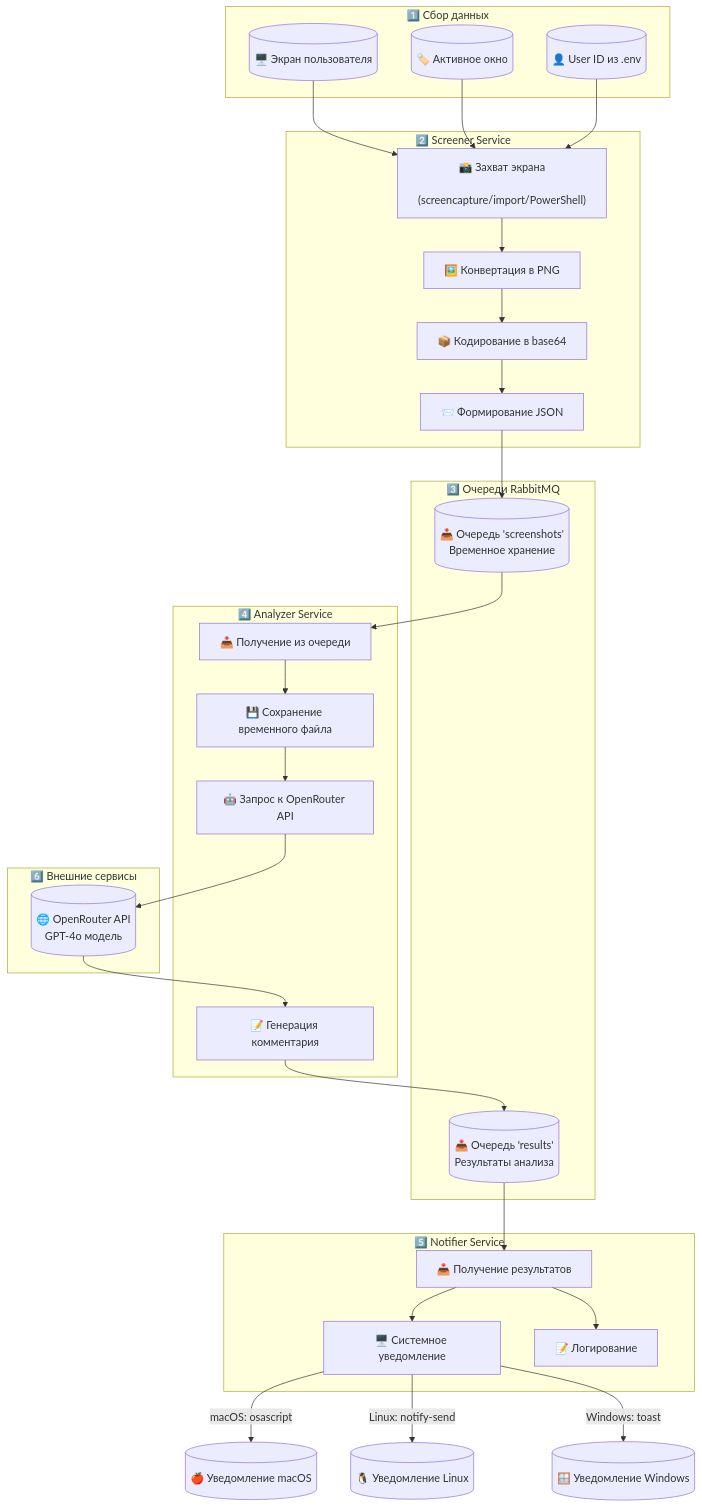
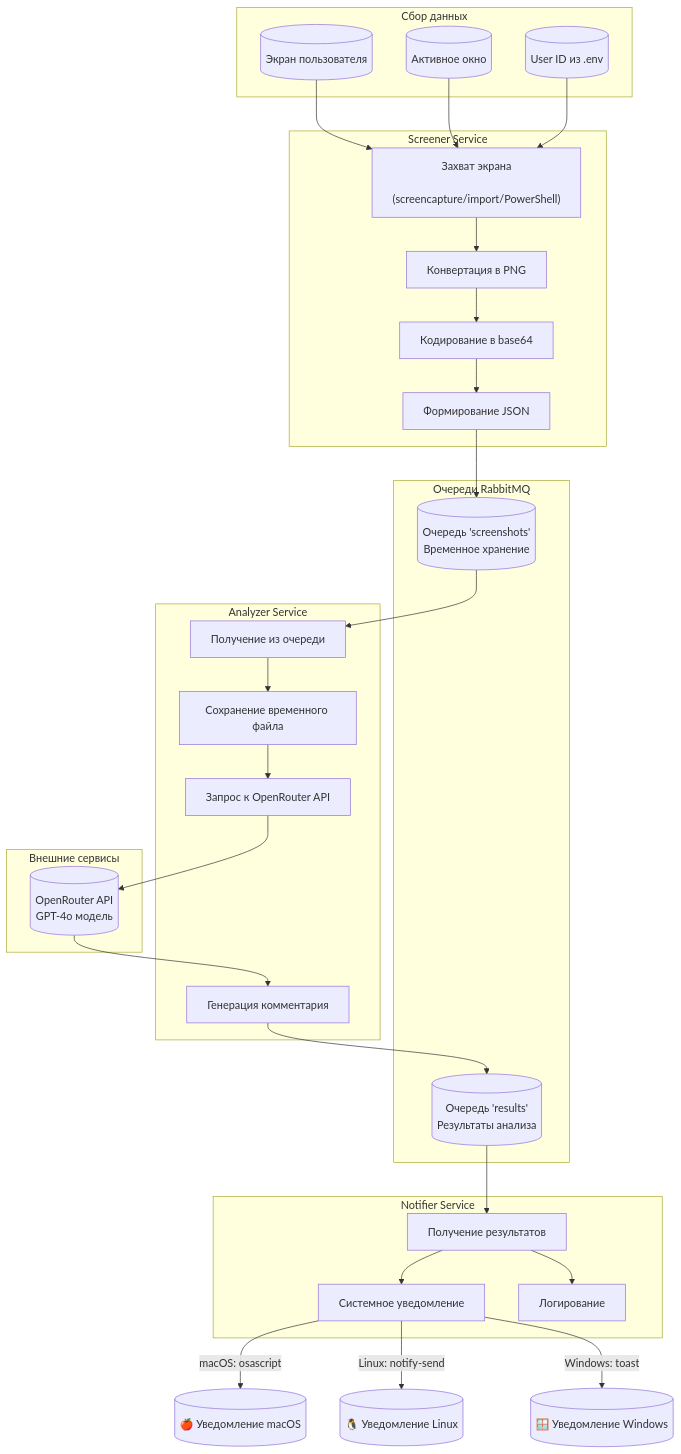
One commit to Neckser/HSEHack2 changed the diagram in README.md. Above: the diagram before and after it, drawn with Mermaid. The commit also changed other lines of this file and 1 other file, not shown here.

````diff
--- a/README.md
+++ b/README.md
@@ -19,56 +21,56 @@
 ```mermaid
 flowchart TD
-    subgraph "1️⃣ Сбор данных"
-        A[("🖥️ Экран пользователя")]
-        B[("🏷️ Активное окно")]
-        C[("👤 User ID из .env")]
+    subgraph "Сбор данных"
+        A[("Экран пользователя")]
+        B[("Активное окно")]
+        C[("User ID из .env")]
     end
     
-    subgraph "2️⃣ Screener Service"
-        D["📸 Захват экрана
+    subgraph "Screener Service"
+        D["Захват экрана
         (screencapture/import/PowerShell)"]
-        E["🖼️ Конвертация в PNG"]
-        F["📦 Кодирование в base64"]
-        G["📨 Формирование JSON"]
+        E["Конвертация в PNG"]
+        F["Кодирование в base64"]
+        G["Формирование JSON"]
     end
     
-    subgraph "3️⃣ Очереди RabbitMQ"
-        H[("📥 Очередь 'screenshots'
+    subgraph "Очереди RabbitMQ"
+        H[("Очередь 'screenshots'
         Временное хранение")]
-        I[("📤 Очередь 'results'
+        I[("Очередь 'results'
         Результаты анализа")]
     end
     
-    subgraph "4️⃣ Analyzer Service"
-        J["📥 Получение из очереди"]
-        K["💾 Сохранение временного файла"]
-        L["🤖 Запрос к OpenRouter API"]
-        M["📝 Генерация комментария"]
+    subgraph "Analyzer Service"
+        J["Получение из очереди"]
+        K["Сохранение временного файла"]
+        L["Запрос к OpenRouter API"]
+        M["Генерация комментария"]
     end
     
-    subgraph "5️⃣ Notifier Service"
-        N["📥 Получение результатов"]
-        O["🖥️ Системное уведомление"]
-        P["📝 Логирование"]
+    subgraph "Notifier Service"
+        N["Получение результатов"]
+        O["Системное уведомление"]
+        P["Логирование"]
     end
     
-    subgraph "6️⃣ Внешние сервисы"
-        Q[("🌐 OpenRouter API
+    subgraph "Внешние сервисы"
+        Q[("OpenRouter API
         GPT-4o модель")]
     end
     
     A & B & C --> D
     D --> E --> F --> G
     G --> H
     H --> J
     J --> K --> L
     L --> Q
     Q --> M
     M --> I
     I --> N
     N --> O & P
     
     O -->|"macOS: osascript"| R1[("🍎 Уведомление macOS")]
     O -->|"Linux: notify-send"| R2[("🐧 Уведомление Linux")]
     O -->|"Windows: toast"| R3[("🪟 Уведомление Windows")]
 ```
````
